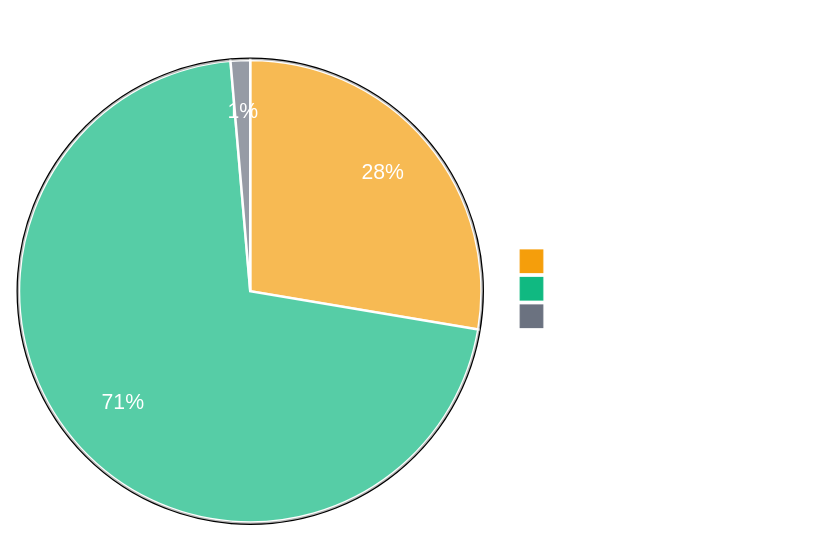
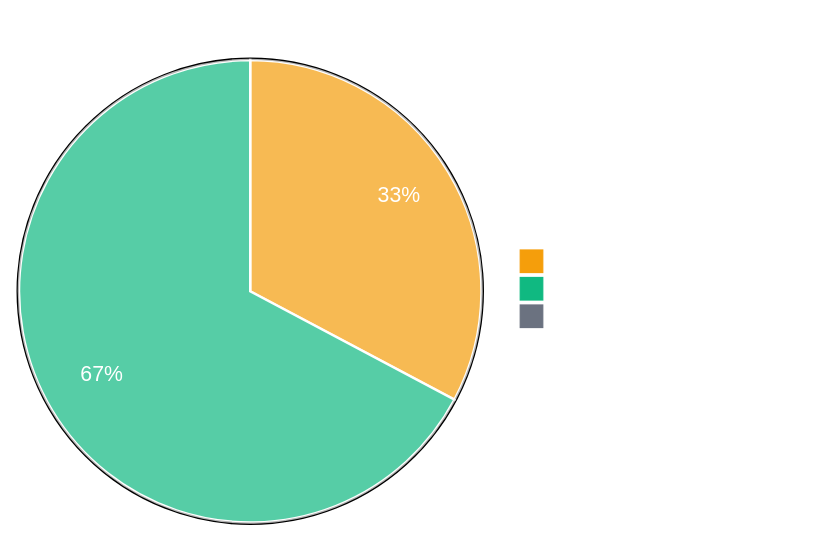
One commit to synthotec/synthotec.github.io changed the first of 4 diagrams in Documentation/SynthoTec-4D/Overview.md. Above: the diagram before and after it, drawn with Mermaid. The commit also changed other lines of this file, not shown here.

````diff
--- a/Documentation/SynthoTec-4D/Overview.md
+++ b/Documentation/SynthoTec-4D/Overview.md
@@ -18,7 +18,7 @@
 ```mermaid
 %%{init: {'theme':'base', 'themeVariables': {'pieStrokeColor': '#ffffff', 'pieStrokeWidth': '2px', 'primaryColor': '#f59e0b', 'primaryTextColor': '#fff', 'primaryBorderColor': '#000', 'secondaryColor': '#10b981', 'secondaryTextColor': '#fff', 'secondaryBorderColor': '#000', 'tertiaryColor': '#6b7280', 'tertiaryTextColor': '#fff', 'tertiaryBorderColor': '#000'}}}%%
 pie showData title Documentation Completion Status
-    "Fully Documented" : 81
-    "Partially Documented" : 208
-    "Not Started" : 4
+    "Fully Documented" : 96
+    "Partially Documented" : 197
+    "Not Started" : 0
 ```
````
